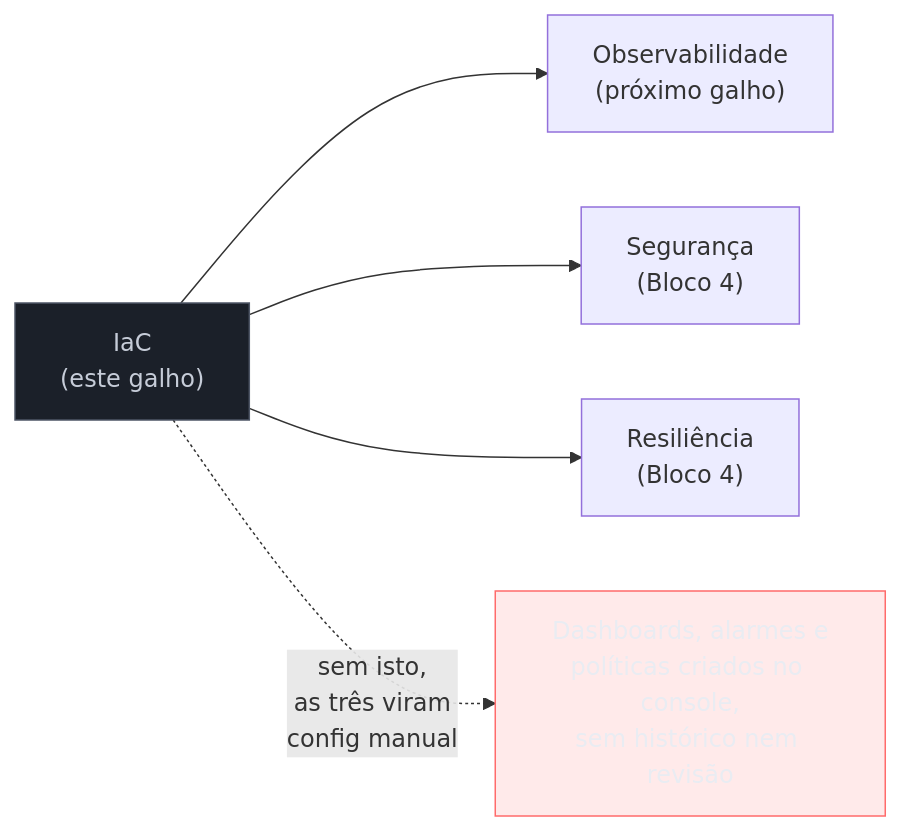
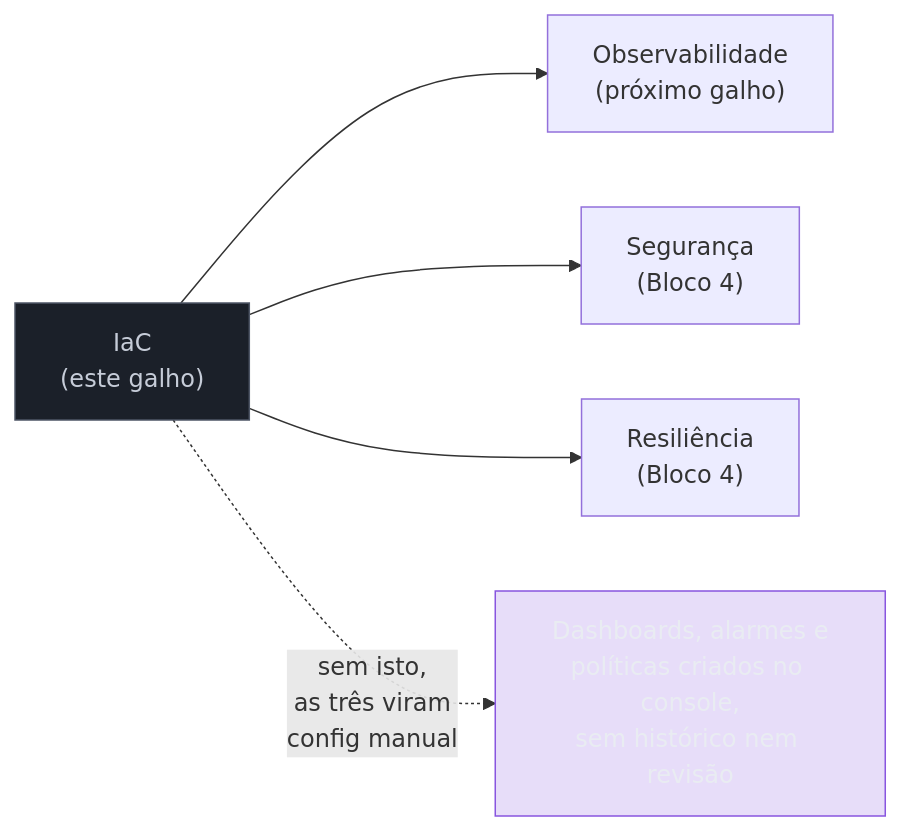
Before and after one commit to josenaldo/codex-technomanticus: the fourth of 4 diagrams in 03-Dominios/Tecnologia/Cloud/16 - Infrastructure as Code/06 - Escolher e operar IaC (capstone).md, drawn with Mermaid. The commit also changed other lines of this file and 601 other files, not shown here.

````diff
--- a/03-Dominios/Tecnologia/Cloud/16 - Infrastructure as Code/06 - Escolher e operar IaC (capstone).md
+++ b/03-Dominios/Tecnologia/Cloud/16 - Infrastructure as Code/06 - Escolher e operar IaC (capstone).md
@@ -319,13 +319,13 @@
 ```mermaid
 flowchart LR
+    classDef marca fill:#8855DF33,stroke:#8855DF,color:#E9ECF2
     classDef neutro fill:#1B2029,stroke:#4E5666,color:#C6CCD8
-    classDef falha fill:#FF6B6B24,stroke:#FF6B6B,color:#E9ECF2
     IaC["IaC\n(este galho)"] --> Obs["Observabilidade\n(próximo galho)"]
     IaC --> Sec["Segurança\n(Bloco 4)"]
     IaC --> Res["Resiliência\n(Bloco 4)"]
 
     IaC -.->|"sem isto,\nas três viram\nconfig manual"| Manual["Dashboards, alarmes e\npolíticas criados no console,\nsem histórico nem revisão"]
 
     class IaC neutro
-    class Manual falha
+    class Manual marca
 ```
````
